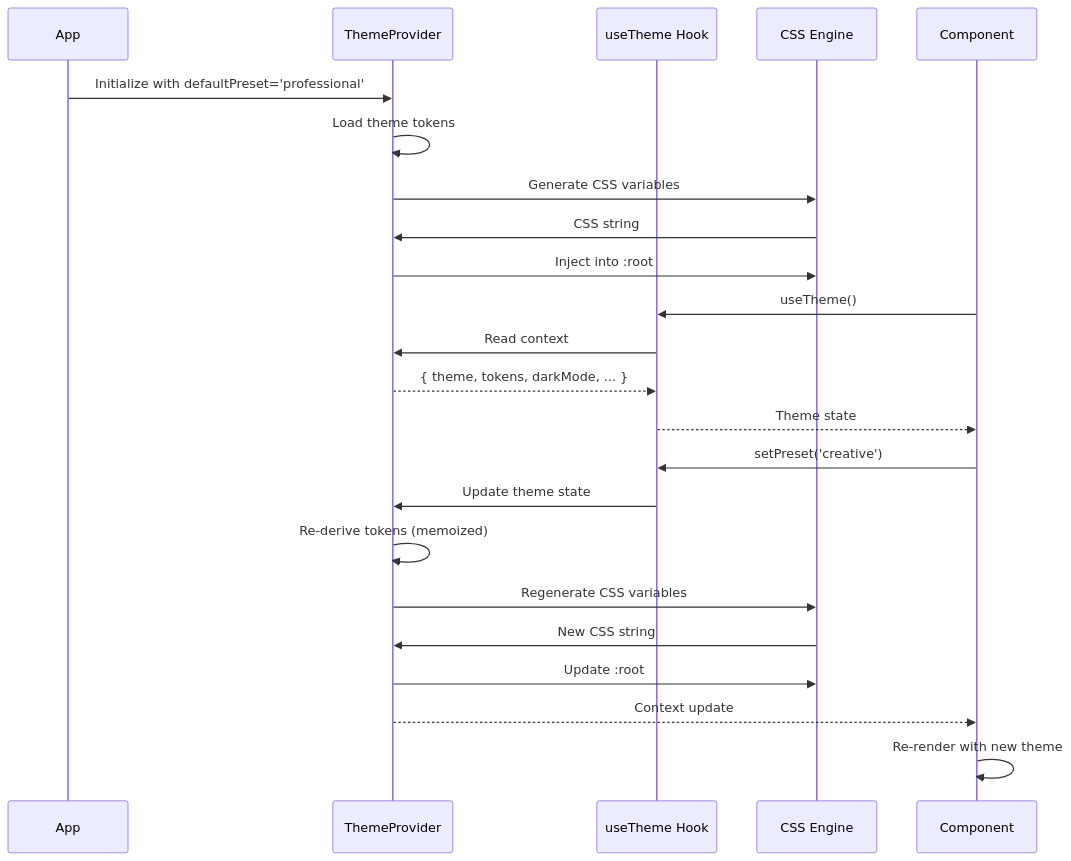
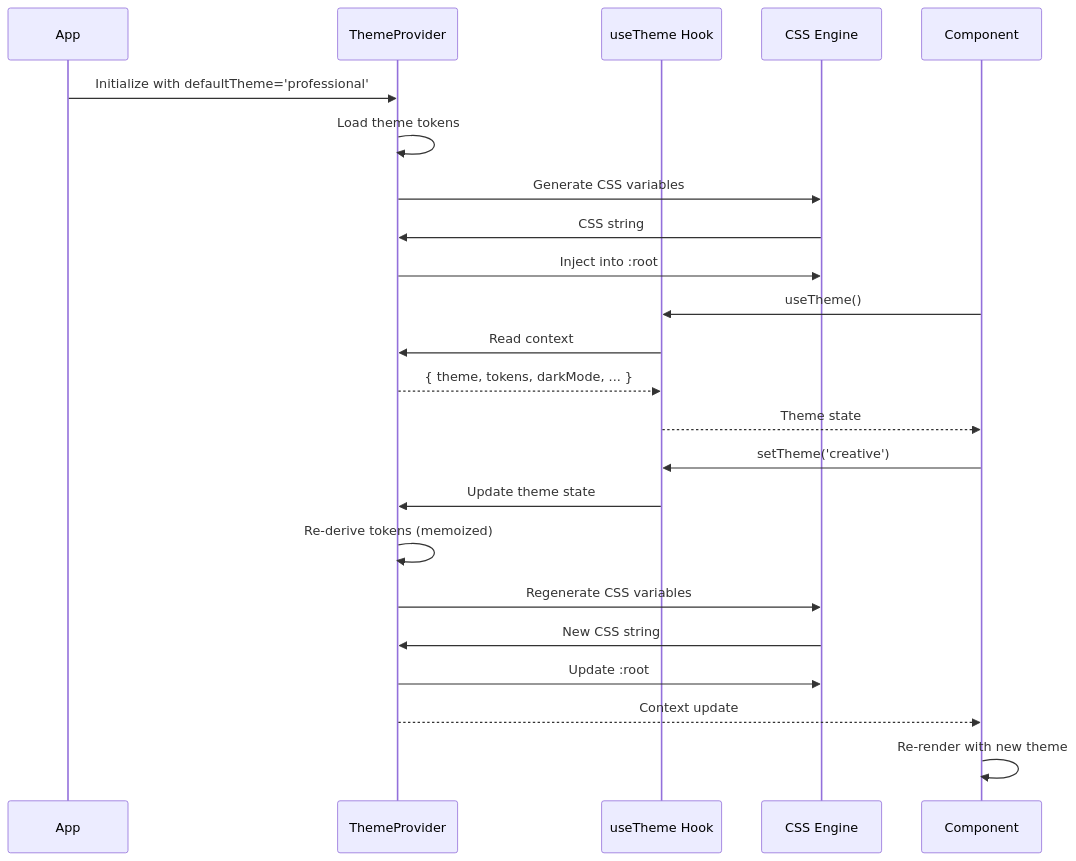
One commit to soo-kate-yeon/framingui changed the fourth of 5 diagrams in packages/token-contract/docs/ARCHITECTURE.md. Above: the diagram before and after it, drawn with Mermaid. The commit also changed other lines of this file and 11 other files, not shown here.

First line of the commit message:
refactor(token-contract): rename Preset to Theme terminology

````diff
--- a/packages/token-contract/docs/ARCHITECTURE.md
+++ b/packages/token-contract/docs/ARCHITECTURE.md
@@ -322,28 +322,28 @@
 ```mermaid
 sequenceDiagram
     participant App
     participant ThemeProvider
     participant useTheme Hook
     participant CSS Engine
     participant Component
 
-    App->>ThemeProvider: Initialize with defaultPreset='professional'
+    App->>ThemeProvider: Initialize with defaultTheme='professional'
     ThemeProvider->>ThemeProvider: Load theme tokens
     ThemeProvider->>CSS Engine: Generate CSS variables
     CSS Engine->>ThemeProvider: CSS string
     ThemeProvider->>CSS Engine: Inject into :root
 
     Component->>useTheme Hook: useTheme()
     useTheme Hook->>ThemeProvider: Read context
     ThemeProvider-->>useTheme Hook: { theme, tokens, darkMode, ... }
     useTheme Hook-->>Component: Theme state
 
-    Component->>useTheme Hook: setPreset('creative')
+    Component->>useTheme Hook: setTheme('creative')
     useTheme Hook->>ThemeProvider: Update theme state
     ThemeProvider->>ThemeProvider: Re-derive tokens (memoized)
     ThemeProvider->>CSS Engine: Regenerate CSS variables
     CSS Engine->>ThemeProvider: New CSS string
     ThemeProvider->>CSS Engine: Update :root
     ThemeProvider-->>Component: Context update
     Component->>Component: Re-render with new theme
 ```
````
